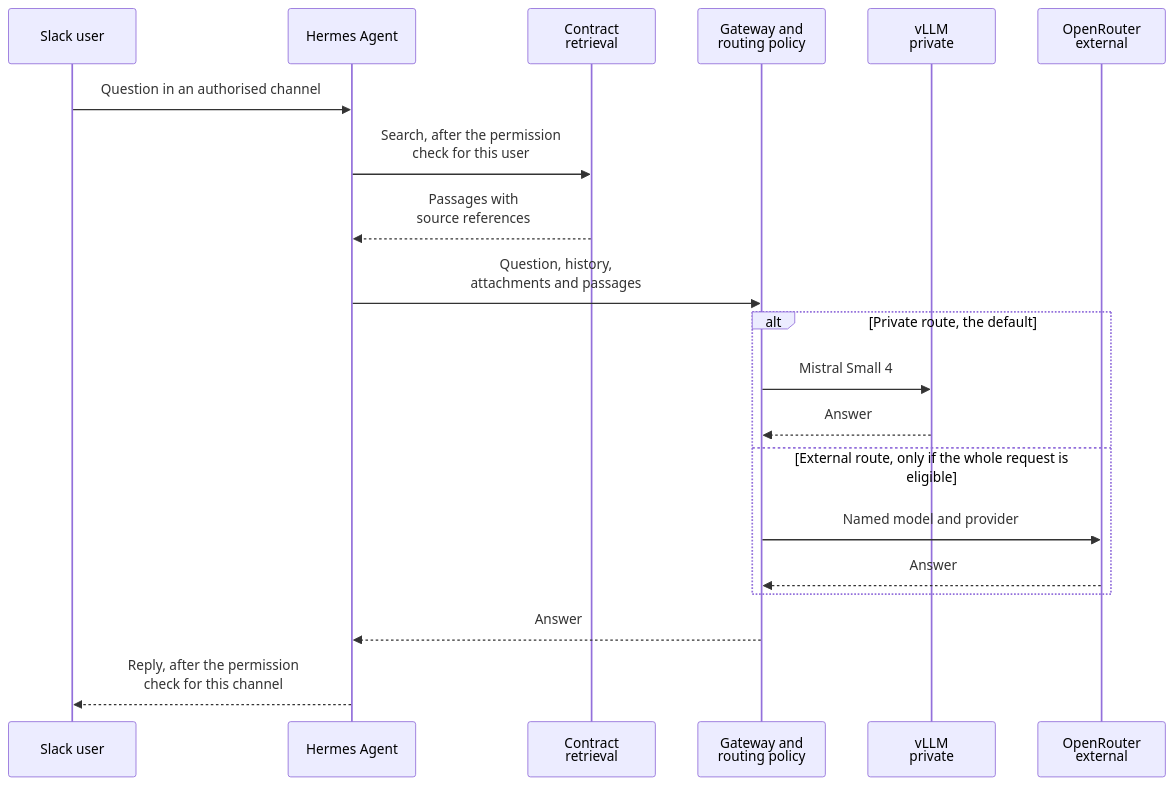
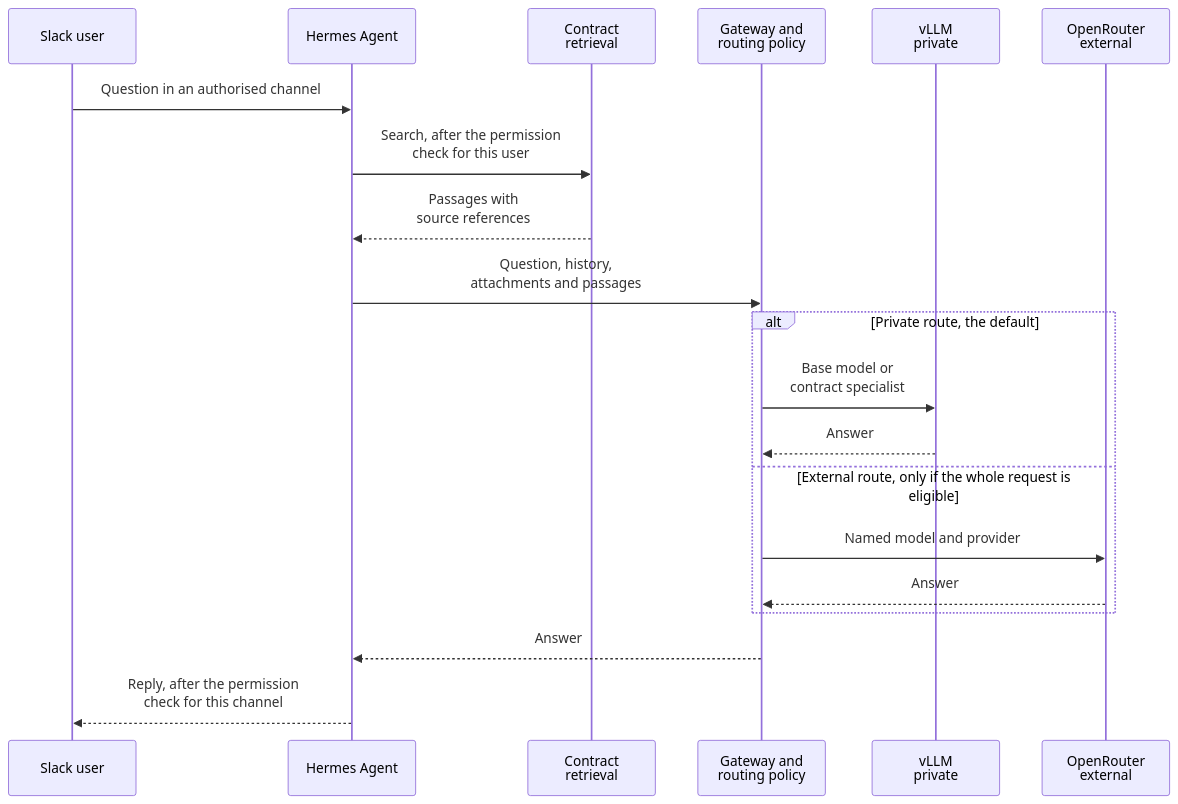
Before and after one commit to bendob27/contract-assistant: the second of 2 diagrams in docs/architecture.md, drawn with Mermaid. The commit also changed other lines of this file and 4 other files, not shown here.

First line of the commit message:
Document the LoRA specialist on quantised Mistral Small 4

````diff
--- a/docs/architecture.md
+++ b/docs/architecture.md
@@ -72,23 +75,23 @@
 ```mermaid
 sequenceDiagram
     participant U as Slack user
     participant H as Hermes Agent
     participant R as Contract<br/>retrieval
     participant G as Gateway and<br/>routing policy
     participant V as vLLM<br/>private
     participant O as OpenRouter<br/>external
 
     U->>H: Question in an authorised channel
     H->>R: Search, after the permission<br/>check for this user
     R-->>H: Passages with<br/>source references
     H->>G: Question, history,<br/>attachments and passages
     alt Private route, the default
-        G->>V: Mistral Small 4
+        G->>V: Base model or<br/>contract specialist
         V-->>G: Answer
     else External route, only if the whole request is eligible
         G->>O: Named model and provider
         O-->>G: Answer
     end
     G-->>H: Answer
     H-->>U: Reply, after the permission<br/>check for this channel
 ```
````
